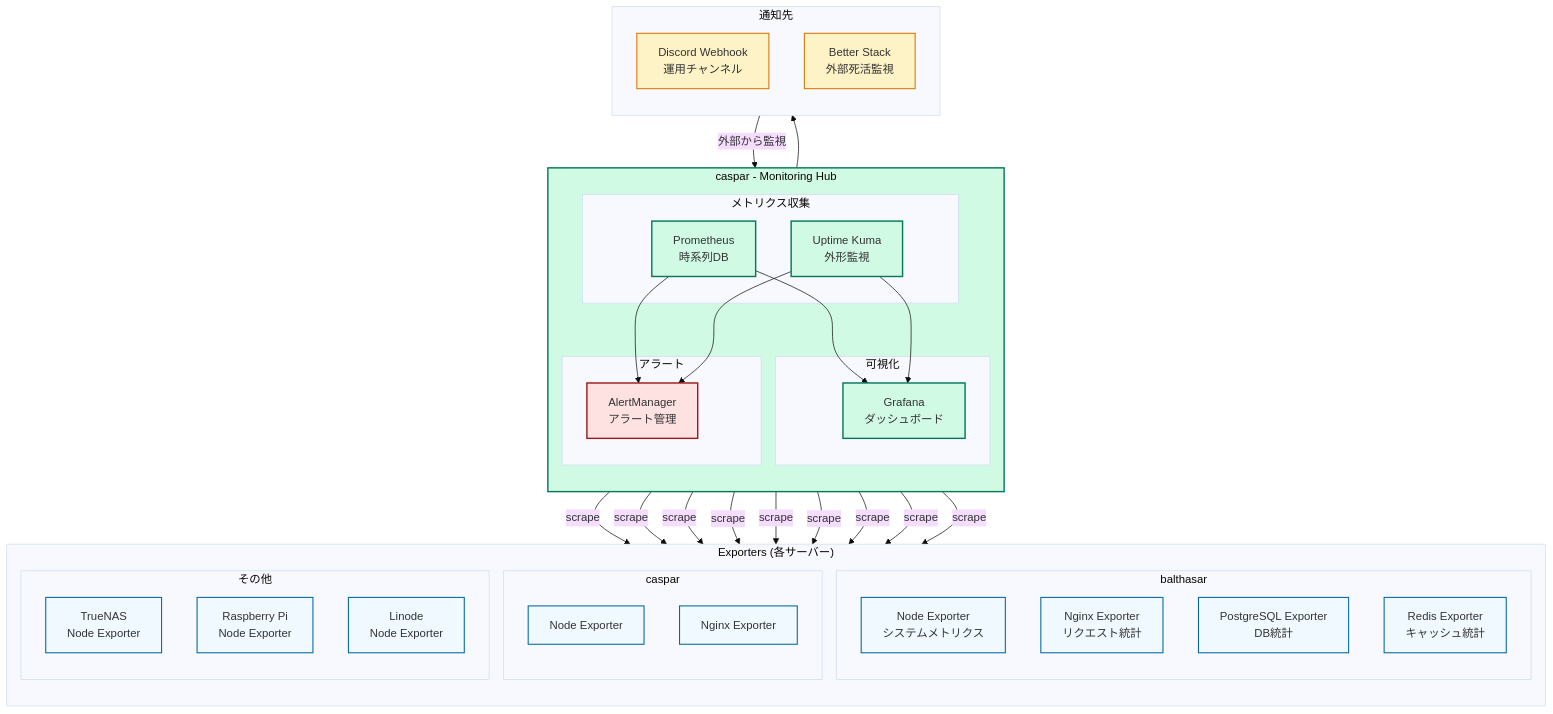
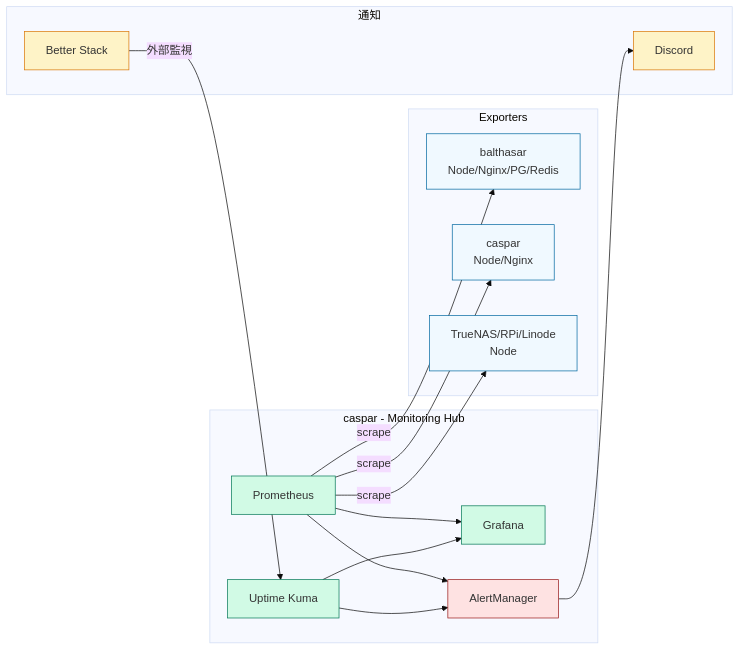
The fourth of 7 diagrams in README.md (yamisskey-dev/yamisskey-host), drawn with Mermaid (base theme) before and after one commit. The commit also changed other lines of this file, not shown here.

First line of the commit message:
Simplify Mermaid diagrams while preserving essential information

````diff
--- a/README.md
+++ b/README.md
@@ -326,80 +123,30 @@
 ```mermaid
-graph TB
-    %% Style definitions
-    classDef monitoring fill:#d1fae5,stroke:#047857,stroke-width:2px
-    classDef alerting fill:#fee2e2,stroke:#991b1b,stroke-width:2px
-    classDef exporter fill:#f0f9ff,stroke:#0369a1,stroke-width:1.5px
-    classDef external fill:#fef3c7,stroke:#d97706,stroke-width:1.5px
-    classDef target fill:#e2e8f0,stroke:#334155,stroke-width:1px
-    
-    subgraph caspar_monitoring["caspar - Monitoring Hub"]
-        direction TB
-        
-        subgraph collection["メトリクス収集"]
-            prometheus["Prometheus<br/>時系列DB"]:::monitoring
-            uptime_kuma["Uptime Kuma<br/>外形監視"]:::monitoring
-        end
-        
-        subgraph visualization["可視化"]
-            grafana["Grafana<br/>ダッシュボード"]:::monitoring
-        end
-        
-        subgraph alerting_system["アラート"]
-            alertmanager["AlertManager<br/>アラート管理"]:::alerting
-        end
+graph LR
+    classDef mon fill:#d1fae5,stroke:#047857
+    classDef alert fill:#fee2e2,stroke:#991b1b
+    classDef exp fill:#f0f9ff,stroke:#0369a1
+    classDef ext fill:#fef3c7,stroke:#d97706
+
+    subgraph hub[caspar - Monitoring Hub]
+        prometheus[Prometheus]:::mon
+        uptime[Uptime Kuma]:::mon
+        grafana[Grafana]:::mon
+        alertmgr[AlertManager]:::alert
     end
-    
-    subgraph exporters["Exporters (各サーバー)"]
-        direction TB
-        
-        subgraph balthasar_exp["balthasar"]
-            node_exp_b["Node Exporter<br/>システムメトリクス"]:::exporter
-            nginx_exp_b["Nginx Exporter<br/>リクエスト統計"]:::exporter
-            postgres_exp["PostgreSQL Exporter<br/>DB統計"]:::exporter
-            redis_exp["Redis Exporter<br/>キャッシュ統計"]:::exporter
-        end
-        
-        subgraph caspar_exp["caspar"]
-            node_exp_c["Node Exporter"]:::exporter
-            nginx_exp_c["Nginx Exporter"]:::exporter
-        end
-        
-        subgraph other_exp["その他"]
-            node_exp_nas["TrueNAS<br/>Node Exporter"]:::exporter
-            node_exp_rpi["Raspberry Pi<br/>Node Exporter"]:::exporter
-            node_exp_linode["Linode<br/>Node Exporter"]:::exporter
-        end
+
+    subgraph exporters[Exporters]
+        exp_b[balthasar<br/>Node/Nginx/PG/Redis]:::exp
+        exp_c[caspar<br/>Node/Nginx]:::exp
+        exp_other[TrueNAS/RPi/Linode<br/>Node]:::exp
     end
-    
-    subgraph notification["通知先"]
-        direction TB
-        discord_webhook["Discord Webhook<br/>運用チャンネル"]:::external
-        betterstack["Better Stack<br/>外部死活監視"]:::external
+
+    subgraph notify[通知]
+        discord[Discord]:::ext
+        betterstack[Better Stack]:::ext
     end
-    
-    %% Collection flows
-    prometheus -->|"scrape"| node_exp_b
-    prometheus -->|"scrape"| nginx_exp_b
-    prometheus -->|"scrape"| postgres_exp
-    prometheus -->|"scrape"| redis_exp
-    prometheus -->|"scrape"| node_exp_c
-    prometheus -->|"scrape"| nginx_exp_c
-    prometheus -->|"scrape"| node_exp_nas
-    prometheus -->|"scrape"| node_exp_rpi
-    prometheus -->|"scrape"| node_exp_linode
-    
-    %% Visualization
-    prometheus --> grafana
-    uptime_kuma --> grafana
-    
-    %% Alerting
-    prometheus --> alertmanager
-    uptime_kuma --> alertmanager
-    alertmanager --> discord_webhook
-    
-    %% External monitoring
-    betterstack -->|"外部から監視"| uptime_kuma
-    
-    %% Apply styles
-    class caspar_monitoring monitoring
+
+    prometheus -->|scrape| exp_b & exp_c & exp_other
+    prometheus & uptime --> grafana
+    prometheus & uptime --> alertmgr --> discord
+    betterstack -->|外部監視| uptime
 ```
````
